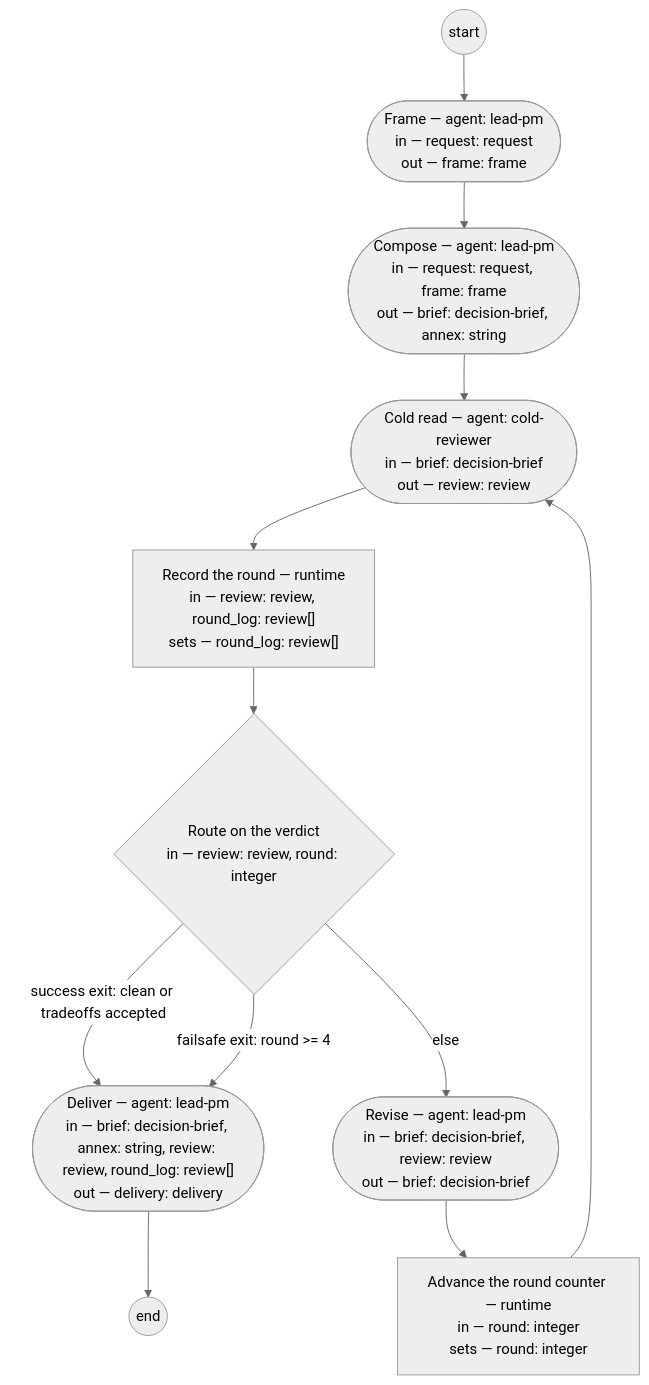
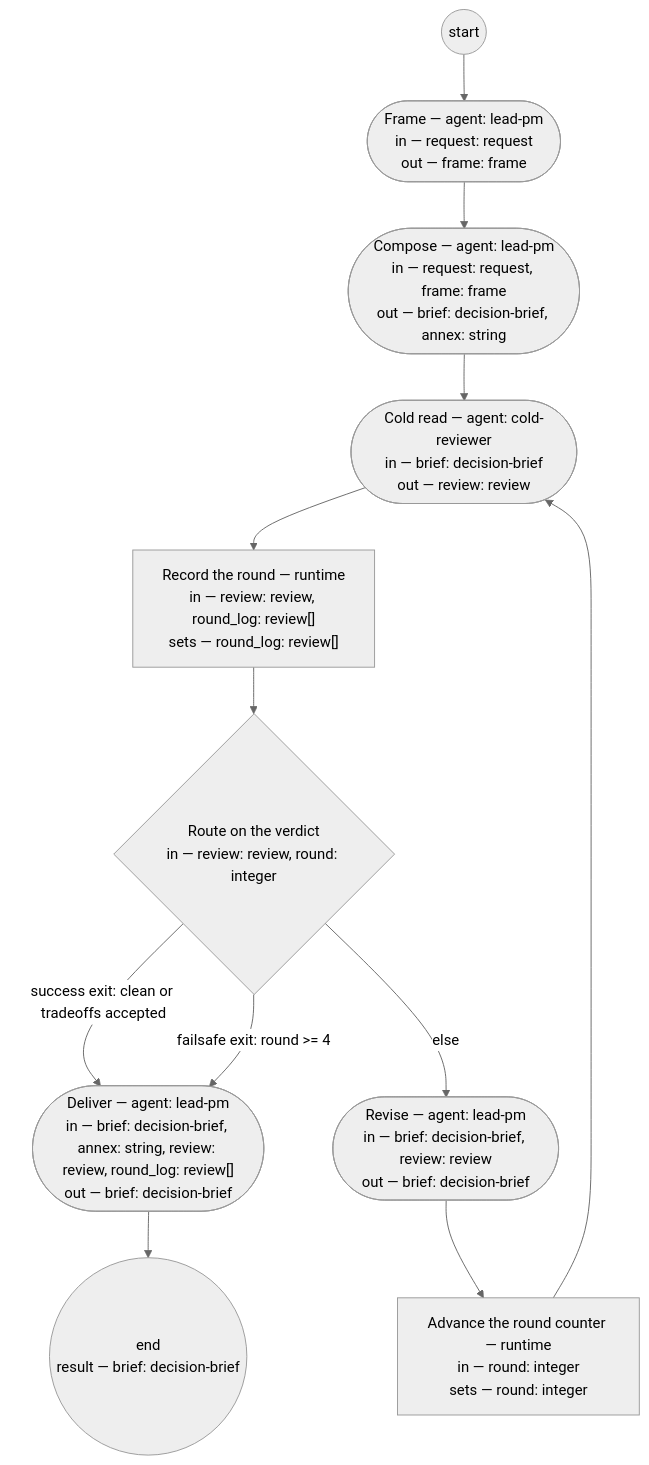
The diagram in basis/processes/stakeholder-presentation.md (dstengle/shopsystem-product), drawn with Mermaid (neutral theme) before and after one commit. The commit also changed other lines of this file and 4 other files, not shown here.

Commit message:
R10: process result is the artifact — deliver outputs the brief; delivery type deleted

````diff
--- a/basis/processes/stakeholder-presentation.md
+++ b/basis/processes/stakeholder-presentation.md
@@ -58,23 +58,23 @@
 ```mermaid
 flowchart TD
   frame(["Frame — agent: lead-pm<br/>in — request: request<br/>out — frame: frame"])
   compose(["Compose — agent: lead-pm<br/>in — request: request, frame: frame<br/>out — brief: decision-brief, annex: string"])
   cold_read(["Cold read — agent: cold-reviewer<br/>in — brief: decision-brief<br/>out — review: review"])
   log_round["Record the round — runtime<br/>in — review: review, round_log: review[]<br/>sets — round_log: review[]"]
   route_verdict{"Route on the verdict<br/>in — review: review, round: integer"}
   revise(["Revise — agent: lead-pm<br/>in — brief: decision-brief, review: review<br/>out — brief: decision-brief"])
   advance_round["Advance the round counter — runtime<br/>in — round: integer<br/>sets — round: integer"]
-  deliver(["Deliver — agent: lead-pm<br/>in — brief: decision-brief, annex: string, review: review, round_log: review[]<br/>out — delivery: delivery"])
-  __end(("end"))
+  deliver(["Deliver — agent: lead-pm<br/>in — brief: decision-brief, annex: string, review: review, round_log: review[]<br/>out — brief: decision-brief"])
+  __end(("end<br/>result — brief: decision-brief"))
   __start(("start")) --> frame
   frame --> compose
   compose --> cold_read
   cold_read --> log_round
   log_round --> route_verdict
   route_verdict -->|success exit: clean or tradeoffs accepted| deliver
   route_verdict -->|failsafe exit: round >= 4| deliver
   route_verdict -->|else| revise
   revise --> advance_round
   advance_round --> cold_read
   deliver --> __end
 ```
````
